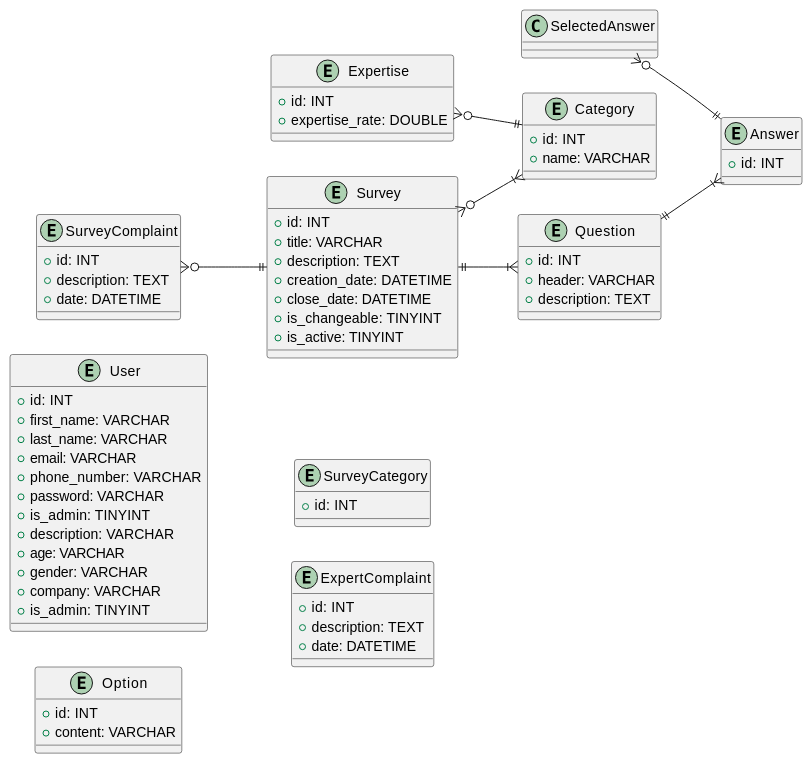
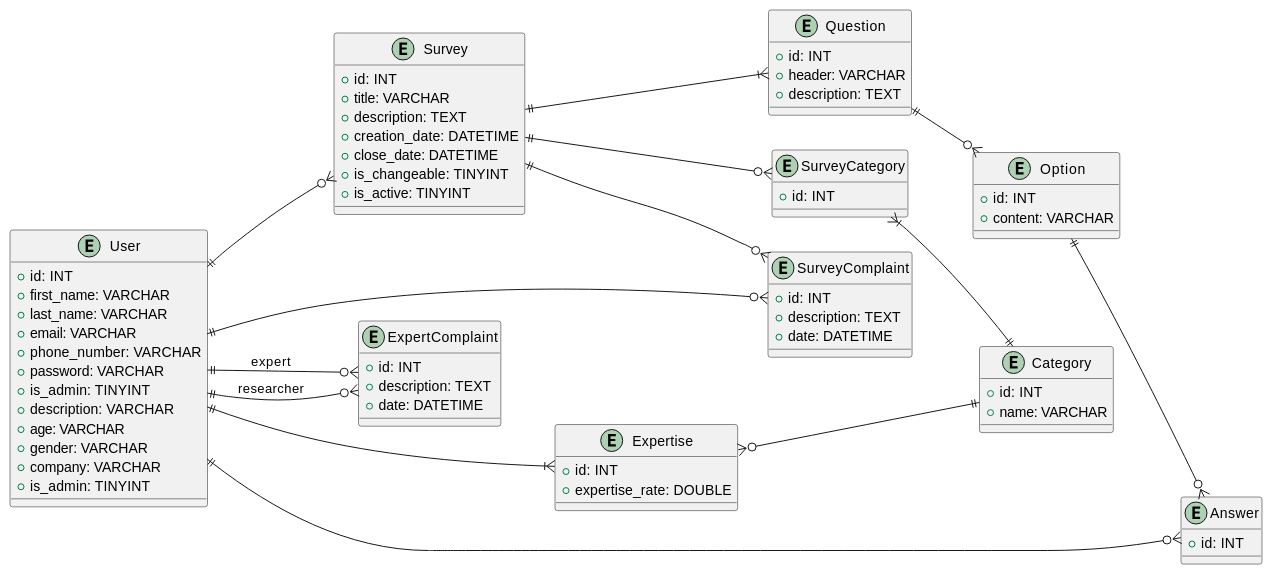
The second of 2 diagrams in docs/design.md (generalmaks/db_labs), drawn with PlantUML before and after one commit.

Commit message:
Fix ER-model

````diff
--- a/docs/design.md
+++ b/docs/design.md
@@ -210,25 +210,26 @@
     + id: INT
     + name: VARCHAR 
   }
+  
+    "User" ||--o{ "Survey"
+    "User" ||--o{ "SurveyComplaint"
+    "User" ||--o{ "ExpertComplaint" : expert
+    "User" ||--o{ "ExpertComplaint" : researcher
+    "User" ||--|{ "Expertise"
+    
+    "Survey" ||--|{ "Question"
+    "Survey" ||--o{ "SurveyCategory"
+    "Survey" ||--o{ "SurveyComplaint"
+    
+    "Expertise" }o--|| "Category"
 
-  
-
-   
- 
-
-  
-  "SurveyComplaint" }o--|| "Survey" 
-  
-  "Survey" ||--|{ "Question"
-  "Survey" }o--|{ "Category"
-  
-  "Question" ||--|{ "Answer"
-  
-  "SelectedAnswer" }o--|| "Answer"
-  
-  "Expertise" }o--|| "Category"
-
-  
+    "Question" ||--o{ "Option"
+    
+    "Option" ||--o{ "Answer"
+    
+    "Answer" }o--|| "User"
+    
+    "SurveyCategory" }|--|| "Category"
 
 @enduml
 ```
````
